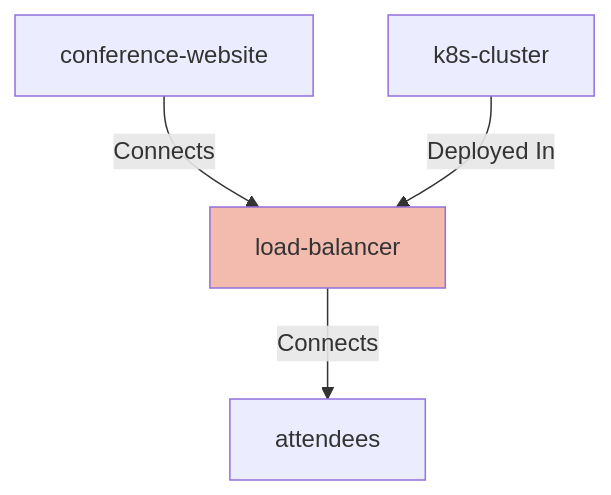
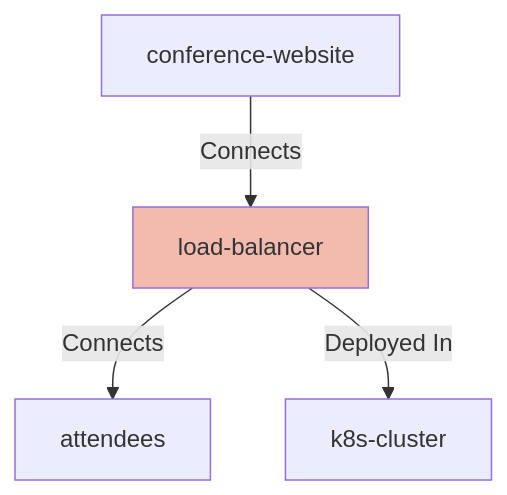
The diagram in cli/test_fixtures/getting-started/STEP-2/website/docs/nodes/load-balancer.md (finos/architecture-as-code), drawn with Mermaid before and after one commit. The commit also changed other lines of this file and 128 other files, not shown here.

````diff
--- a/cli/test_fixtures/getting-started/STEP-2/website/docs/nodes/load-balancer.md
+++ b/cli/test_fixtures/getting-started/STEP-2/website/docs/nodes/load-balancer.md
@@ -76,9 +56,8 @@
 ```mermaid
 graph TD;
 load-balancer[load-balancer]:::highlight;
 conference-website -- Connects --> load-balancer;
 load-balancer -- Connects --> attendees;
-k8s-cluster -- Deployed In --> load-balancer;
+load-balancer -- Deployed In --> k8s-cluster;
 classDef highlight fill:#f2bbae;
-
 ```
````
